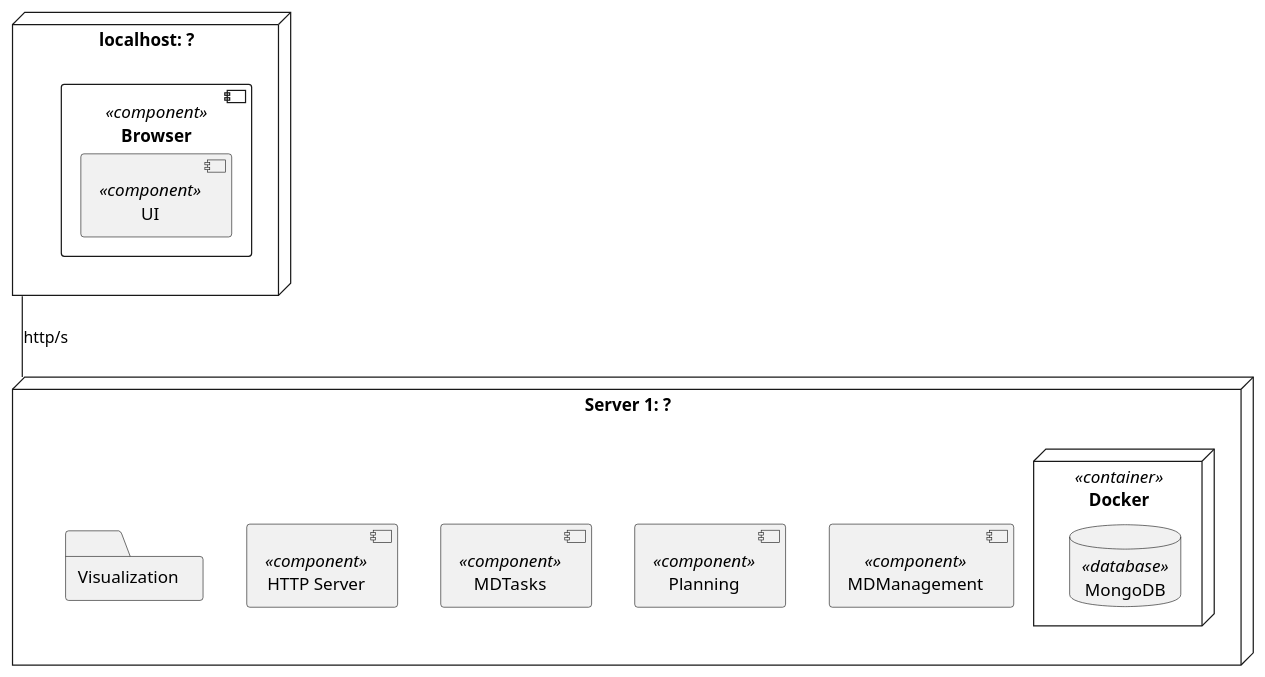
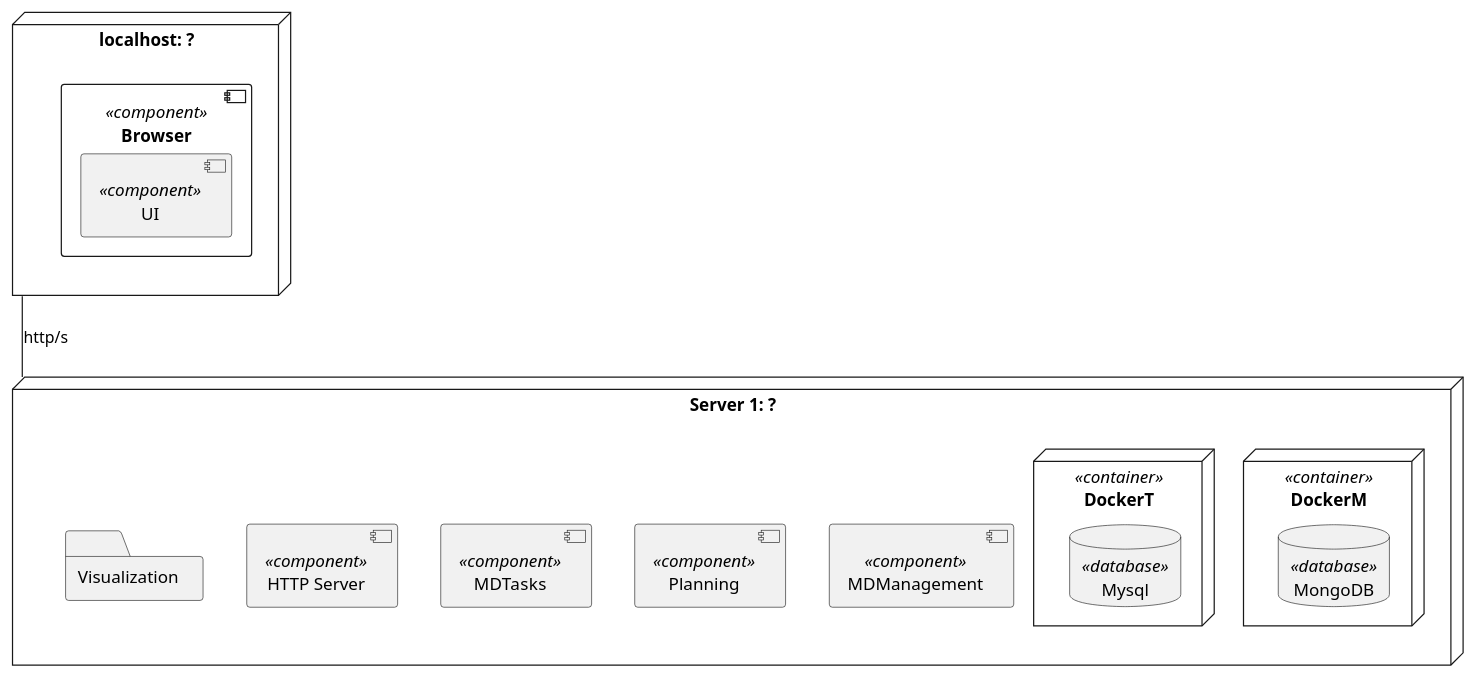
One commit to miseEnPlace-dev/lapr5 changed the diagram in _wiki/views/level-2/physical-view/dev-physical-view.puml. Above: the diagram before and after it, drawn with PlantUML. The commit also changed 5 other files, not shown here.

```diff
--- a/_wiki/views/level-2/physical-view/dev-physical-view.puml
+++ b/_wiki/views/level-2/physical-view/dev-physical-view.puml
@@ -1,29 +1,33 @@
 @startuml dev-physical-view
 
 node "localhost: ?" as LOCAL {
   component "Browser" as B <<component>> {
     component "UI" as UI <<component>> {
     }
   }
 }
 
 node "Server 1: ?" as S1 {
   component "MDManagement" as MDM <<component>> { 
   }
   component "Planning" as P <<component>>  { 
   }
   component "MDTasks" as MDT <<component>>  { 
   }
   component "HTTP Server" as SERV <<component>> { 
   }
   folder "Visualization" as V {
   }
-  node "Docker" <<container>> {
+  node "DockerM" <<container>> {
     database "MongoDB" as DB <<database>> {
+    }
+  }
+  node "DockerT" <<container>> {
+    database "Mysql" as DBT <<database>> {
     }
   }
 }
 
 LOCAL -- S1 : http/s
 
 @enduml
```
